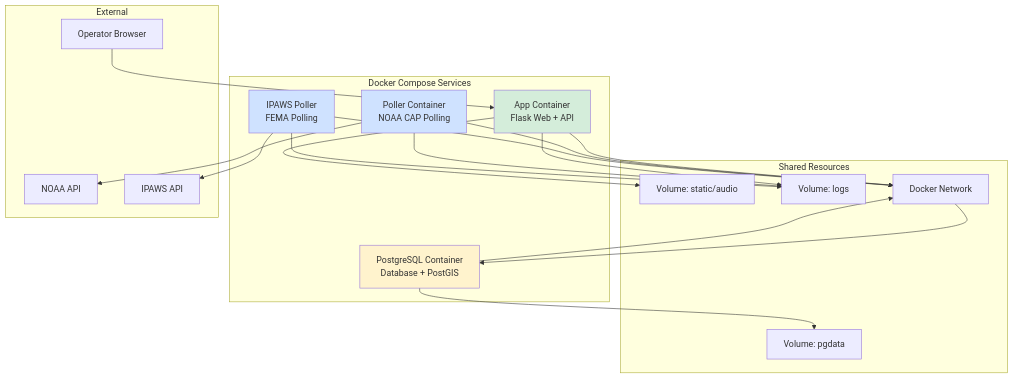
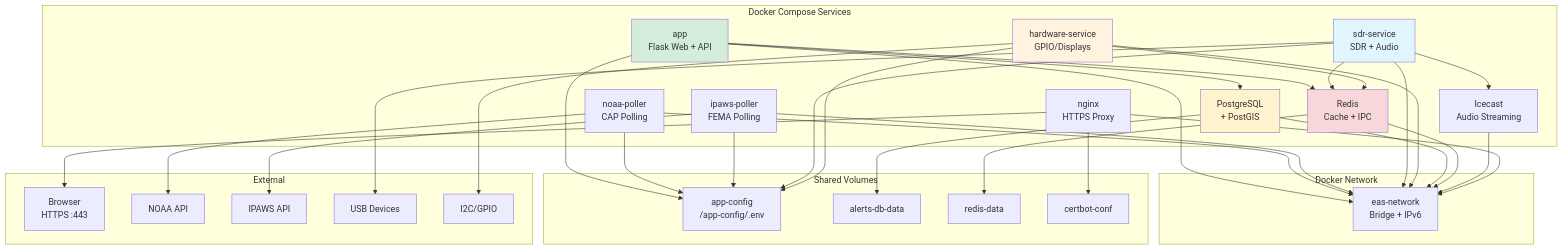
One commit to KR8MER/eas-station changed diagram 18 of 21 in docs/architecture/SYSTEM_ARCHITECTURE.md. Above: the diagram before and after it, drawn with Mermaid. The commit also changed other lines of this file, not shown here.

First line of the commit message:
Update SYSTEM_ARCHITECTURE.md with separated service architecture

````diff
--- a/docs/architecture/SYSTEM_ARCHITECTURE.md
+++ b/docs/architecture/SYSTEM_ARCHITECTURE.md
@@ -905,43 +905,74 @@
 ```mermaid
 graph TB
     subgraph "Docker Compose Services"
-        APP[App Container<br>Flask Web + API]
-        POLLER[Poller Container<br>NOAA CAP Polling]
-        IPAWS[IPAWS Poller<br>FEMA Polling]
-        DB[PostgreSQL Container<br>Database + PostGIS]
+        APP[app<br>Flask Web + API]
+        NOAA_POLL[noaa-poller<br>CAP Polling]
+        IPAWS_POLL[ipaws-poller<br>FEMA Polling]
+        SDR_SVC[sdr-service<br>SDR + Audio]
+        HW_SVC[hardware-service<br>GPIO/Displays]
+        DB[PostgreSQL<br>+ PostGIS]
+        REDIS[Redis<br>Cache + IPC]
+        ICECAST[Icecast<br>Audio Streaming]
+        NGINX[nginx<br>HTTPS Proxy]
     end
 
-    subgraph "Shared Resources"
-        VOL_DATA[Volume: pgdata]
-        VOL_AUDIO[Volume: static/audio]
-        VOL_LOGS[Volume: logs]
-        NET[Docker Network]
+    subgraph "Shared Volumes"
+        VOL_CONFIG[app-config<br>/app-config/.env]
+        VOL_DATA[alerts-db-data]
+        VOL_REDIS[redis-data]
+        VOL_CERTS[certbot-conf]
+    end
+
+    subgraph "Docker Network"
+        NET[eas-network<br>Bridge + IPv6]
     end
 
     subgraph "External"
-        OPERATOR[Operator Browser]
+        OPERATOR[Browser<br>HTTPS :443]
         NOAA_API[NOAA API]
         IPAWS_API[IPAWS API]
+        USB[USB Devices]
+        I2C[I2C/GPIO]
     end
 
+    %% Network connections
     APP --> NET
-    POLLER --> NET
-    IPAWS --> NET
+    NOAA_POLL --> NET
+    IPAWS_POLL --> NET
+    SDR_SVC --> NET
+    HW_SVC --> NET
     DB --> NET
+    REDIS --> NET
+    ICECAST --> NET
+    NGINX --> NET
 
-    APP --> VOL_AUDIO
-    APP --> VOL_LOGS
-    POLLER --> VOL_LOGS
-    IPAWS --> VOL_LOGS
+    %% Volume mounts
+    APP --> VOL_CONFIG
+    NOAA_POLL --> VOL_CONFIG
+    IPAWS_POLL --> VOL_CONFIG
+    SDR_SVC --> VOL_CONFIG
+    HW_SVC --> VOL_CONFIG
     DB --> VOL_DATA
+    REDIS --> VOL_REDIS
+    NGINX --> VOL_CERTS
 
-    NET --> DB
-    OPERATOR --> APP
-    POLLER --> NOAA_API
-    IPAWS --> IPAWS_API
+    %% External connections
+    NGINX --> OPERATOR
+    NOAA_POLL --> NOAA_API
+    IPAWS_POLL --> IPAWS_API
+    SDR_SVC --> USB
+    HW_SVC --> I2C
+
+    %% Internal dependencies
+    APP --> REDIS
+    APP --> DB
+    SDR_SVC --> REDIS
+    SDR_SVC --> ICECAST
+    HW_SVC --> REDIS
 
     style APP fill:#d4edda
-    style POLLER fill:#cfe2ff
-    style IPAWS fill:#cfe2ff
+    style SDR_SVC fill:#e1f5ff
+    style HW_SVC fill:#fff3e0
     style DB fill:#fff3cd
+    style REDIS fill:#f8d7da
 ```
````
